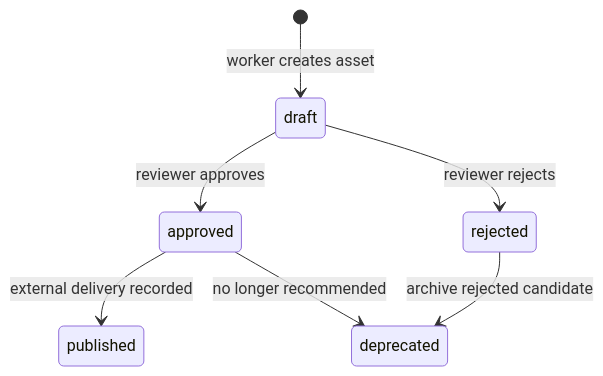
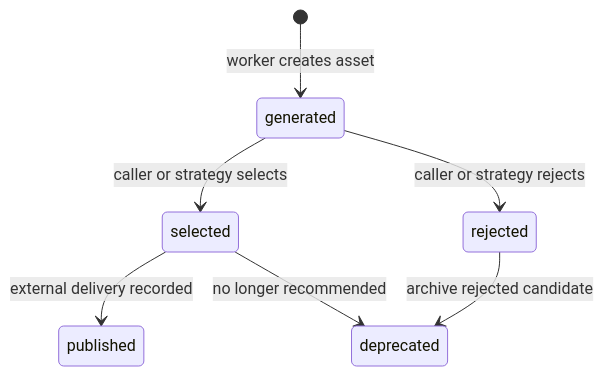
One commit to billionsheep/agent-imageflow changed the fourth of 5 diagrams in docs/project/IMPLEMENTATION_REVIEW_AND_FLOW_SIMULATION.md. Above: the diagram before and after it, drawn with Mermaid. The commit also changed other lines of this file and 147 other files, not shown here.

Commit message:
Refine docs for MVP selection flow

````diff
--- a/docs/project/IMPLEMENTATION_REVIEW_AND_FLOW_SIMULATION.md
+++ b/docs/project/IMPLEMENTATION_REVIEW_AND_FLOW_SIMULATION.md
@@ -156,9 +156,9 @@
 ```mermaid
 stateDiagram-v2
-  [*] --> draft: worker creates asset
-  draft --> approved: reviewer approves
-  draft --> rejected: reviewer rejects
-  approved --> published: external delivery recorded
-  approved --> deprecated: no longer recommended
+  [*] --> generated: worker creates asset
+  generated --> selected: caller or strategy selects
+  generated --> rejected: caller or strategy rejects
+  selected --> published: external delivery recorded
+  selected --> deprecated: no longer recommended
   rejected --> deprecated: archive rejected candidate
 ```
````
